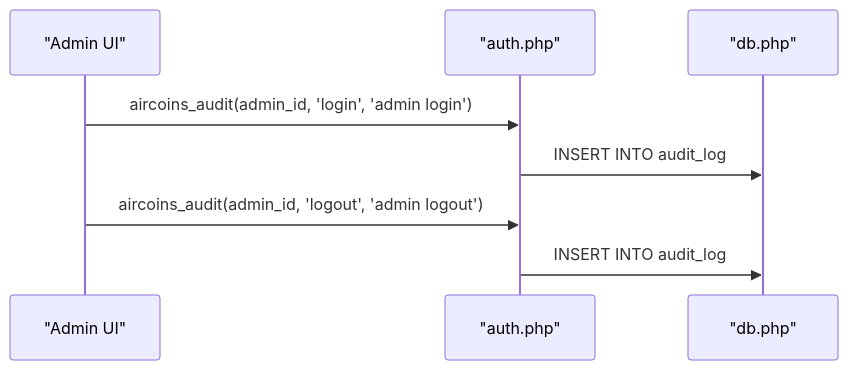
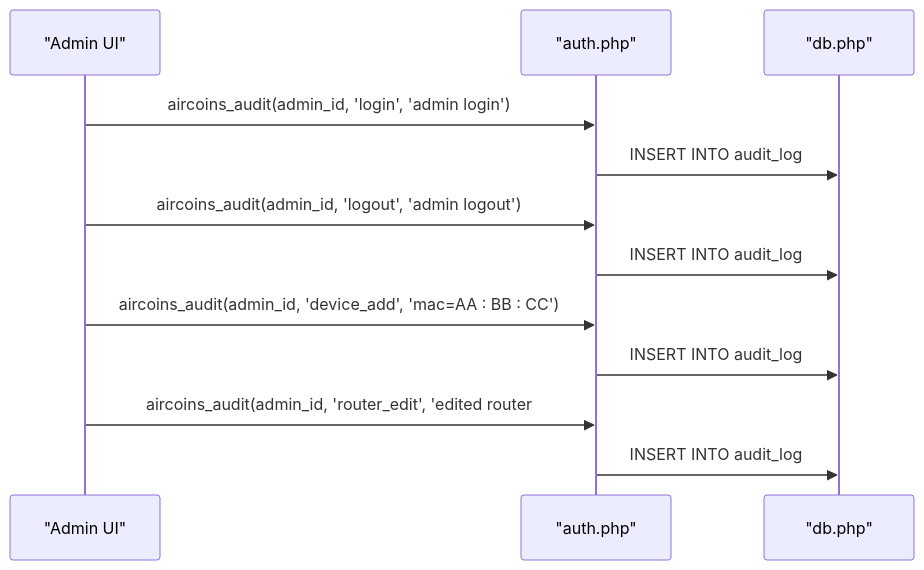
One commit to Djnirds1984/MT-CONTROLLER-PISOWIFI changed the sixth of 14 diagrams in .qoder/repowiki/en/content/Administrative Panel/Security & Authentication.md. Above: the diagram before and after it, drawn with Mermaid. The commit also changed other lines of this file and 14 other files, not shown here.

First line of the commit message:
feat(devices): add device management and voucher audit documentation

````diff
--- a/.qoder/repowiki/en/content/Administrative Panel/Security & Authentication.md
+++ b/.qoder/repowiki/en/content/Administrative Panel/Security & Authentication.md
@@ -257,10 +286,14 @@
 ```mermaid
 sequenceDiagram
 participant AdminUI as "Admin UI"
 participant Auth as "auth.php"
 participant DB as "db.php"
 AdminUI->>Auth : aircoins_audit(admin_id, 'login', 'admin login')
 Auth->>DB : INSERT INTO audit_log
 AdminUI->>Auth : aircoins_audit(admin_id, 'logout', 'admin logout')
 Auth->>DB : INSERT INTO audit_log
+AdminUI->>Auth : aircoins_audit(admin_id, 'device_add', 'mac=AA : BB : CC')
+Auth->>DB : INSERT INTO audit_log
+AdminUI->>Auth : aircoins_audit(admin_id, 'router_edit', 'edited router #5')
+Auth->>DB : INSERT INTO audit_log
 ```
````
